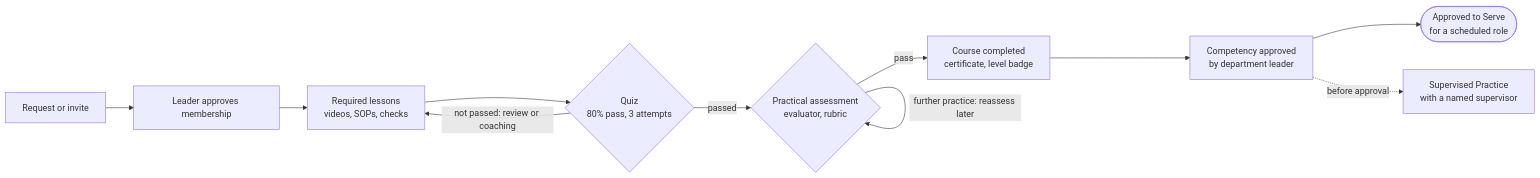
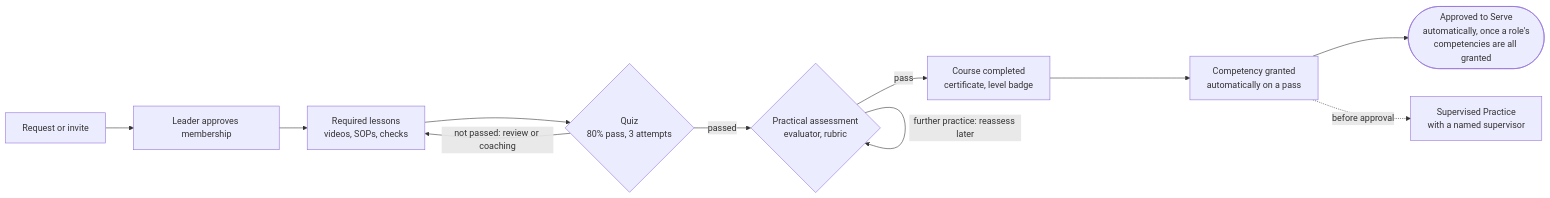
The diagram in docs/SPEC.md (gboyegaadeojo/IFC-Production-Academy), drawn with Mermaid before and after one commit. The commit also changed other lines of this file and 1 other file, not shown here.

````diff
--- a/docs/SPEC.md
+++ b/docs/SPEC.md
@@ -247,13 +247,13 @@
 ```mermaid
 flowchart LR
   A[Request or invite] --> B[Leader approves membership]
   B --> C[Required lessons<br/>videos, SOPs, checks]
   C --> D{Quiz<br/>80% pass, 3 attempts}
   D -- not passed: review or coaching --> C
   D -- passed --> E{Practical assessment<br/>evaluator, rubric}
   E -- further practice: reassess later --> E
   E -- pass --> F[Course completed<br/>certificate, level badge]
-  F --> G[Competency approved<br/>by department leader]
-  G --> H([Approved to Serve<br/>for a scheduled role])
+  F --> G[Competency granted<br/>automatically on a pass]
+  G --> H([Approved to Serve<br/>automatically, once a role's<br/>competencies are all granted])
   G -. before approval .-> S[Supervised Practice<br/>with a named supervisor]
 ```
````
